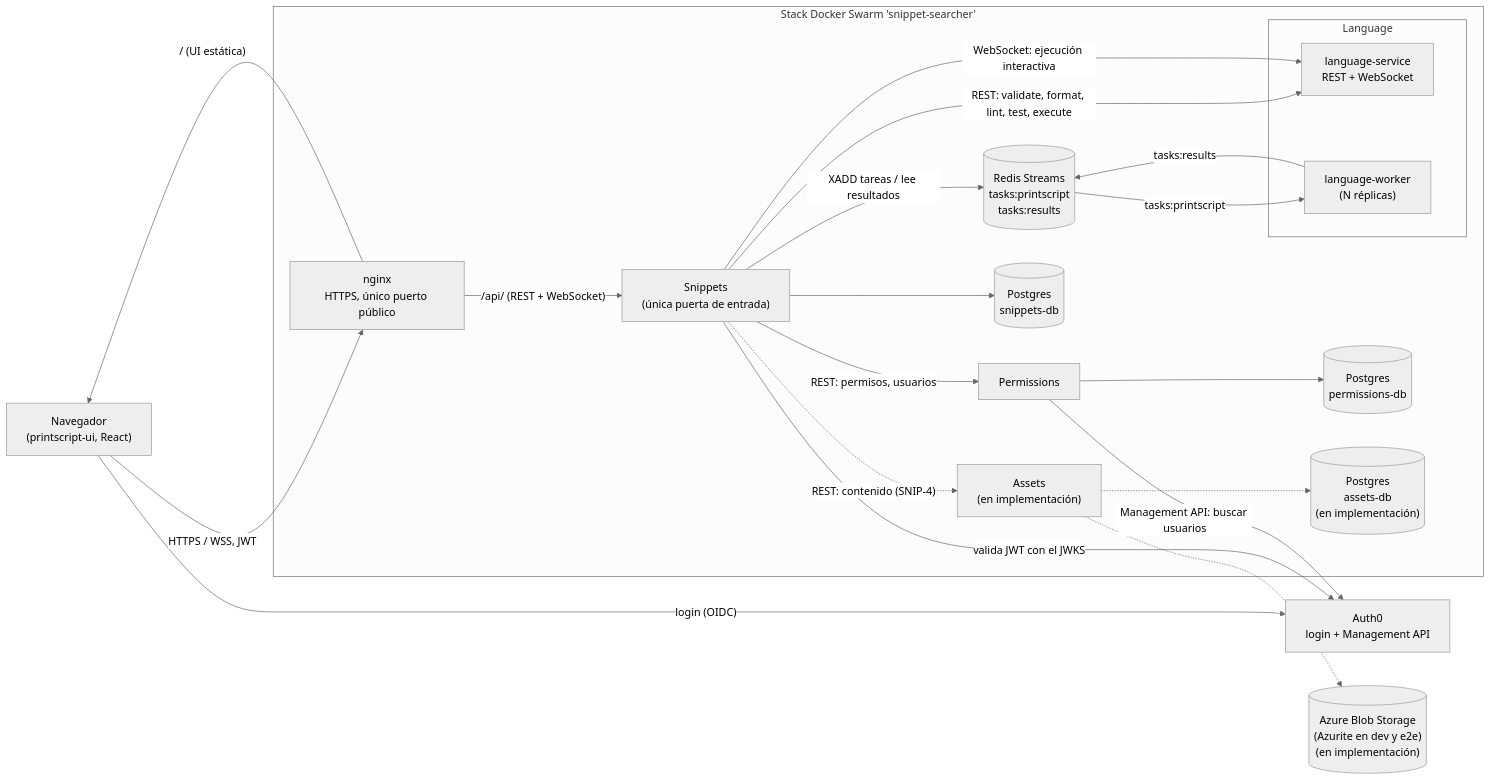
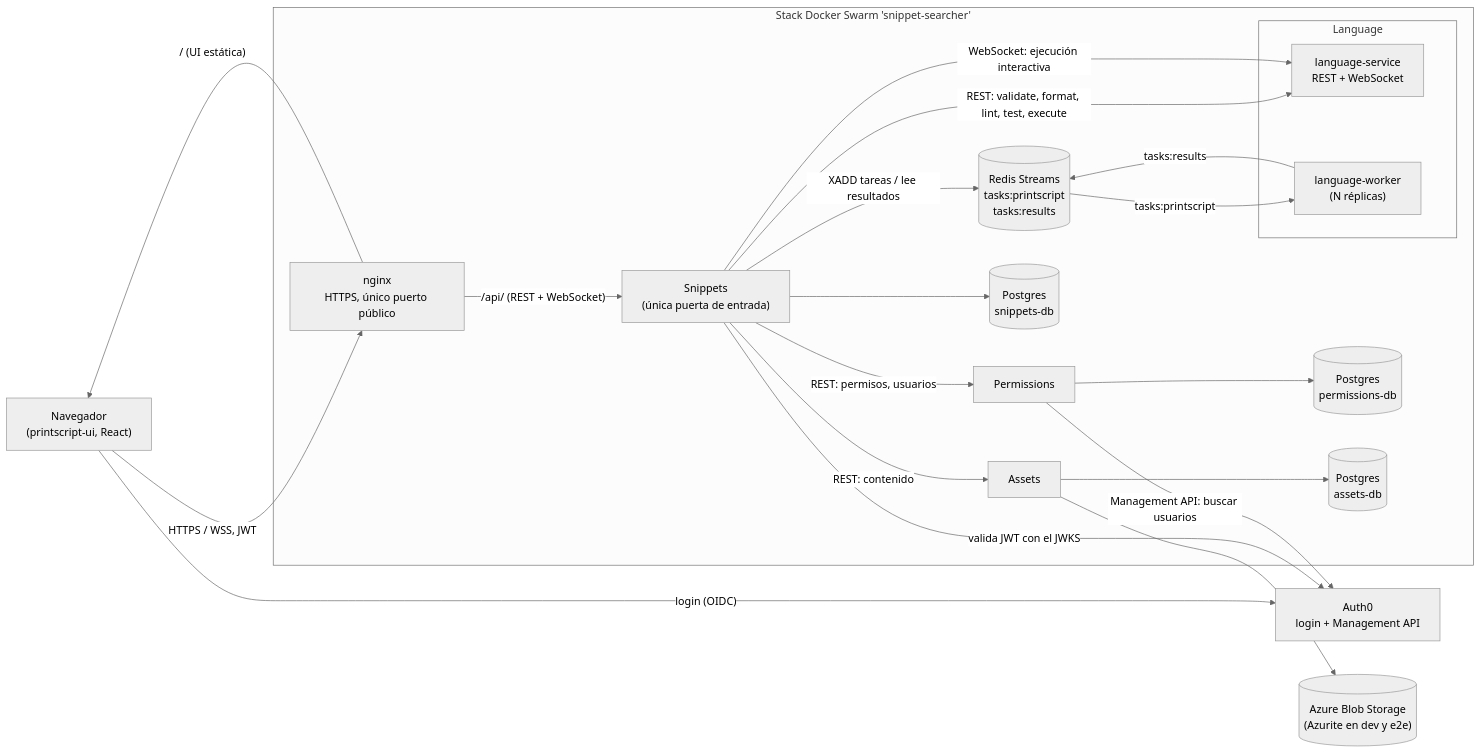
The first of 2 diagrams in docs/arquitectura.md (TP1-2-INGSIS/snippet-searcher-infra), drawn with Mermaid (neutral theme) before and after one commit. The commit also changed other lines of this file and 3 other files, not shown here.

````diff
--- a/docs/arquitectura.md
+++ b/docs/arquitectura.md
@@ -7,43 +7,43 @@
 ```mermaid
 flowchart LR
     Browser["Navegador<br/>(printscript-ui, React)"]
     Auth0["Auth0<br/>login + Management API"]
 
     subgraph Stack["Stack Docker Swarm 'snippet-searcher'"]
         Nginx["nginx<br/>HTTPS, único puerto público"]
         Snippets["Snippets<br/>(única puerta de entrada)"]
         Permissions["Permissions"]
         subgraph Lang["Language"]
             LangRest["language-service<br/>REST + WebSocket"]
             Workers["language-worker<br/>(N réplicas)"]
         end
-        Assets["Assets<br/>(en implementación)"]
+        Assets["Assets"]
         Redis[("Redis Streams<br/>tasks:printscript<br/>tasks:results")]
         SnippetsDb[("Postgres<br/>snippets-db")]
         PermDb[("Postgres<br/>permissions-db")]
-        AssetsDb[("Postgres<br/>assets-db<br/>(en implementación)")]
+        AssetsDb[("Postgres<br/>assets-db")]
     end
 
-    Blob[("Azure Blob Storage<br/>(Azurite en dev y e2e)<br/>(en implementación)")]
+    Blob[("Azure Blob Storage<br/>(Azurite en dev y e2e)")]
 
     Browser -->|"login (OIDC)"| Auth0
     Browser -->|"HTTPS / WSS, JWT"| Nginx
     Nginx -->|"/ (UI estática)"| Browser
     Nginx -->|"/api/ (REST + WebSocket)"| Snippets
 
     Snippets -->|"valida JWT con el JWKS"| Auth0
     Snippets -->|"REST: permisos, usuarios"| Permissions
     Snippets -->|"REST: validate, format, lint, test, execute"| LangRest
     Snippets -->|"WebSocket: ejecución interactiva"| LangRest
-    Snippets -.->|"REST: contenido (SNIP-4)"| Assets
+    Snippets -->|"REST: contenido"| Assets
     Snippets -->|"XADD tareas / lee resultados"| Redis
     Snippets --> SnippetsDb
 
     Redis -->|"tasks:printscript"| Workers
     Workers -->|"tasks:results"| Redis
 
     Permissions --> PermDb
     Permissions -->|"Management API: buscar usuarios"| Auth0
-    Assets -.-> AssetsDb
-    Assets -.-> Blob
+    Assets --> AssetsDb
+    Assets --> Blob
 ```
````
